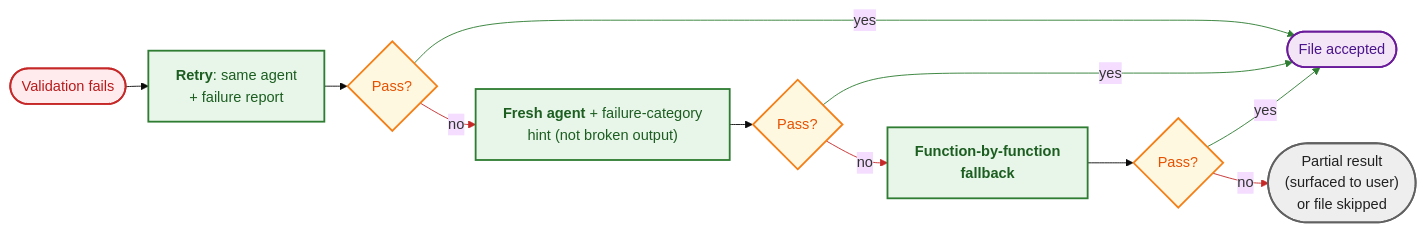
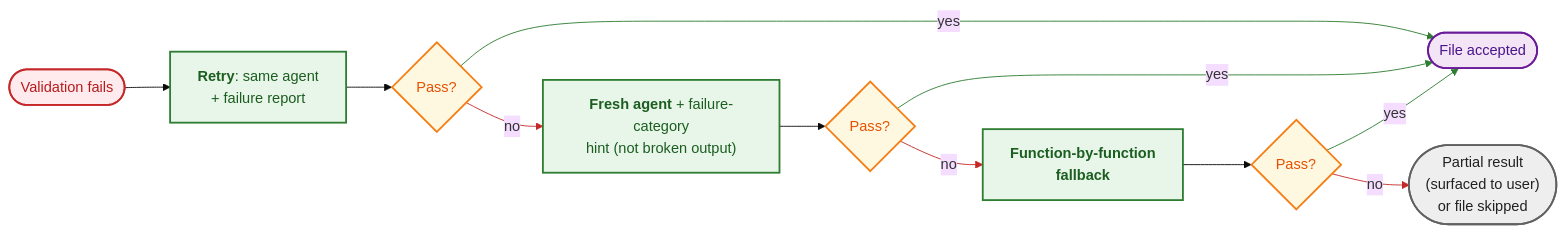
Diagram 36 of 48 in talk/slides-llmday/index.qmd (wiggitywhitney/spinybacked-orbweaver), drawn with Mermaid (base theme) before and after one commit. The commit also changed other lines of this file and 4 other files, not shown here.

````diff
--- a/talk/slides-llmday/index.qmd
+++ b/talk/slides-llmday/index.qmd
@@ -2129,50 +2119,49 @@
 ```{mermaid}
 %%| mermaid-format: js
-%%{init: {'flowchart': {'wrappingWidth': 700, 'rankSpacing': 25}}}%%
 flowchart LR
     FAIL(["Validation fails"])
     R1["`**Retry**: same agent
 + failure report`"]
     D1{Pass?}
     ACCEPT(["File accepted"])
     R2["`**Fresh agent** + failure-category
 hint (not broken output)`"]
     D2{Pass?}
     R3["`**Function-by-function
 fallback**`"]
     D3{Pass?}
     PARTIAL(["`Partial result
 (surfaced to user)
 or file skipped`"])
 
     FAIL --> R1
     R1 --> D1
     D1 -->|yes| ACCEPT
     D1 -->|no| R2
     R2 --> D2
     D2 -->|yes| ACCEPT
     D2 -->|no| R3
     R3 --> D3
     D3 -->|yes| ACCEPT
     D3 -->|no| PARTIAL
 
     linkStyle 2 stroke:#2E7D32
     linkStyle 3 stroke:#C62828
     linkStyle 5 stroke:#2E7D32
     linkStyle 6 stroke:#C62828
     linkStyle 8 stroke:#2E7D32
     linkStyle 9 stroke:#C62828
 
     classDef flentry fill:#FFEBEE,stroke:#C62828,stroke-width:2px,color:#B71C1C
     classDef flai fill:#E8F5E9,stroke:#2E7D32,stroke-width:2px,color:#1B5E20
     classDef flcheck fill:#FFF8E1,stroke:#F57F17,stroke-width:2px,color:#E65100
     classDef flaccept fill:#F3E5F5,stroke:#6A1B9A,stroke-width:2px,color:#4A148C
     classDef flpartial fill:#EEEEEE,stroke:#616161,stroke-width:2px,color:#212121
     classDef flhidden fill:white,stroke:white,color:white
 
     class FAIL flentry
     class R1,R2,R3 flai
     class D1,D2,D3 flcheck
     class ACCEPT flaccept
     class PARTIAL flpartial
 ```
````
